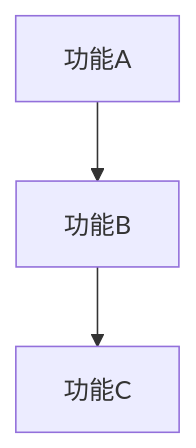
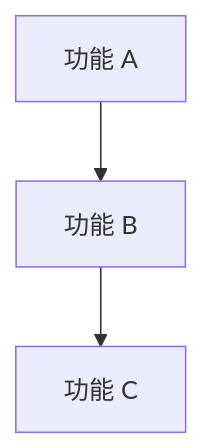
One commit to YuanLiChu/edan-spec changed the first of 9 diagrams in skills/edanspec-design-review/templates/design-review-template.md. Above: the diagram before and after it, drawn with Mermaid. The commit also changed other lines of this file and 11 other files, not shown here.

````diff
--- a/skills/edanspec-design-review/templates/design-review-template.md
+++ b/skills/edanspec-design-review/templates/design-review-template.md
@@ -85,5 +122,5 @@
 ```mermaid
 graph TD
-    F001[功能A] --> F002[功能B]
-    F002 --> F003[功能C]
+    F1[功能 A] --> F2[功能 B]
+    F2 --> F3[功能 C]
 ```
````
